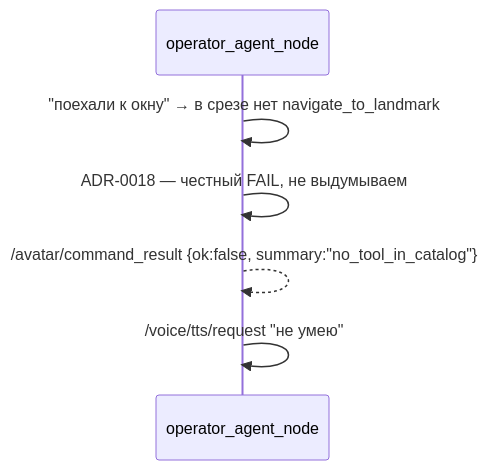
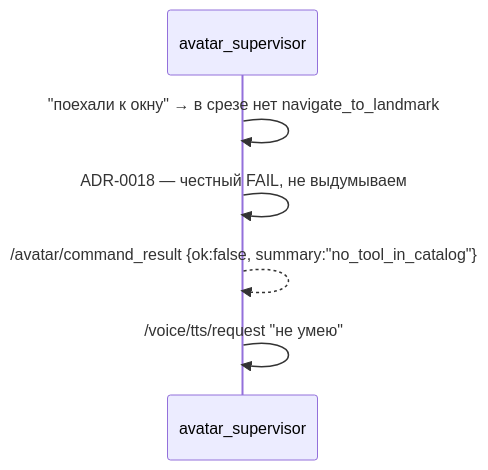
One commit to krikz/rob_box_project changed the seventh of 7 diagrams in docs/architecture/target-operator-agent-and-dialogue.md. Above: the diagram before and after it, drawn with Mermaid. The commit also changed other lines of this file, not shown here.

First line of the commit message:
docs(architecture): супервизор = агентский цикл ТАРС; арбитраж floor выносится

````diff
--- a/docs/architecture/target-operator-agent-and-dialogue.md
+++ b/docs/architecture/target-operator-agent-and-dialogue.md
@@ -495,8 +757,8 @@
 ```mermaid
 sequenceDiagram
-  participant OA as operator_agent_node
+  participant OA as avatar_supervisor
   OA->>OA: "поехали к окну" → в срезе нет navigate_to_landmark
   OA->>OA: ADR-0018 — честный FAIL, не выдумываем
   OA-->>OA: /avatar/command_result {ok:false, summary:"no_tool_in_catalog"}
   OA->>OA: /voice/tts/request "не умею"
 ```
````
